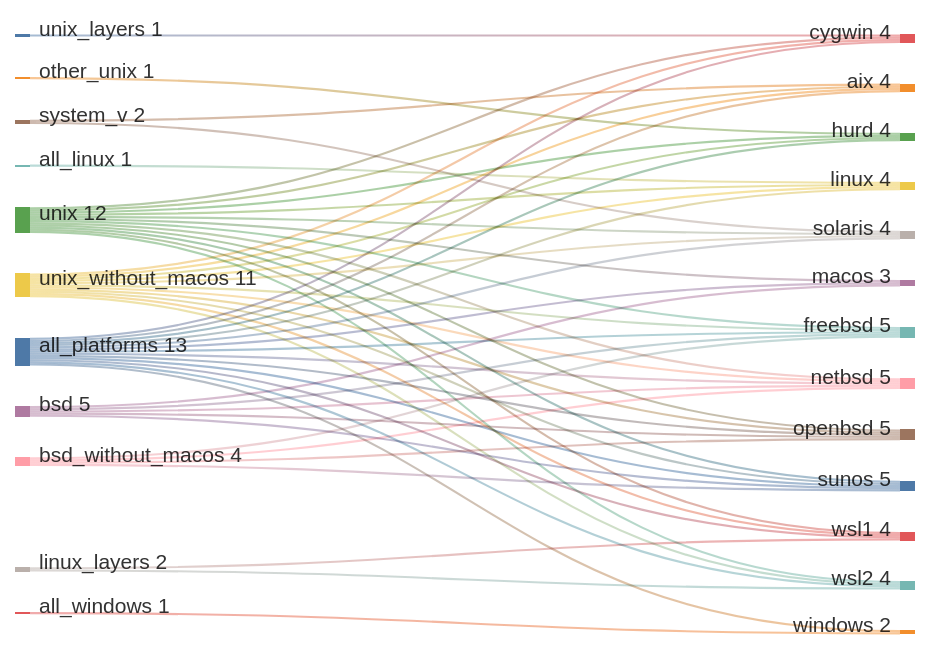
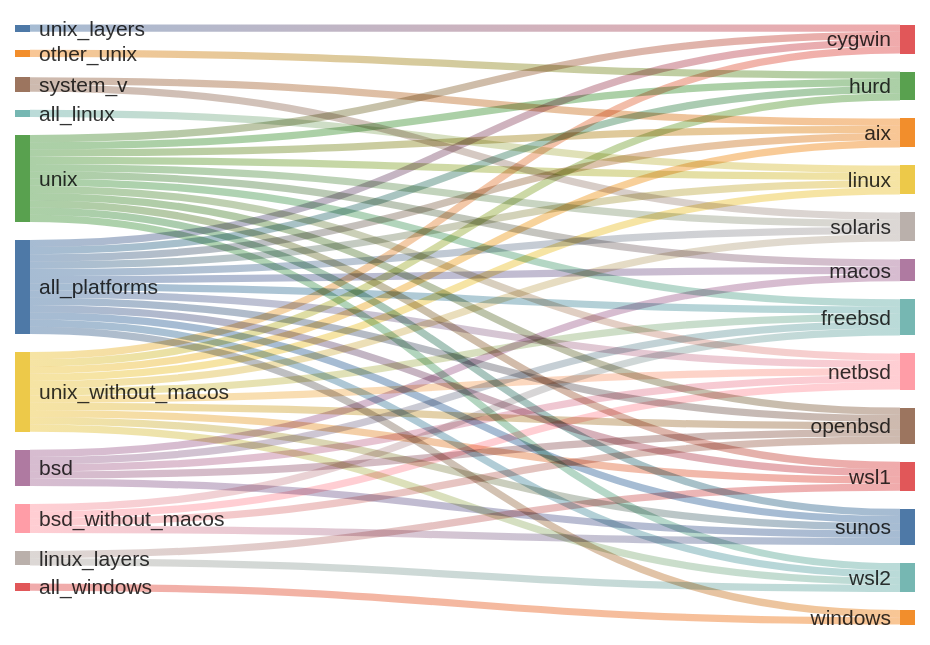
The first of 3 diagrams in docs/platforms.md (kdeldycke/click-extra), drawn with Mermaid before and after one commit. The commit also changed 1 other file, not shown here.

Commit message:
Force hidding of Sankey values globally
Refs: https://github.com/mgaitan/sphinxcontrib-mermaid/issues/147

````diff
--- a/docs/platforms.md
+++ b/docs/platforms.md
@@ -7,57 +7,62 @@
 ```mermaid
+---
+config:
+  sankey:
+    showValues: false
+---
 sankey-beta
 
 all_platforms,aix,1
 all_platforms,cygwin,1
 all_platforms,freebsd,1
 all_platforms,hurd,1
 all_platforms,linux,1
 all_platforms,macos,1
 all_platforms,netbsd,1
 all_platforms,openbsd,1
 all_platforms,solaris,1
 all_platforms,sunos,1
 all_platforms,windows,1
 all_platforms,wsl1,1
 all_platforms,wsl2,1
 unix,aix,1
 unix,cygwin,1
 unix,freebsd,1
 unix,hurd,1
 unix,linux,1
 unix,macos,1
 unix,netbsd,1
 unix,openbsd,1
 unix,solaris,1
 unix,sunos,1
 unix,wsl1,1
 unix,wsl2,1
 unix_without_macos,aix,1
 unix_without_macos,cygwin,1
 unix_without_macos,freebsd,1
 unix_without_macos,hurd,1
 unix_without_macos,linux,1
 unix_without_macos,netbsd,1
 unix_without_macos,openbsd,1
 unix_without_macos,solaris,1
 unix_without_macos,sunos,1
 unix_without_macos,wsl1,1
 unix_without_macos,wsl2,1
 bsd,freebsd,1
 bsd,macos,1
 bsd,netbsd,1
 bsd,openbsd,1
 bsd,sunos,1
 bsd_without_macos,freebsd,1
 bsd_without_macos,netbsd,1
 bsd_without_macos,openbsd,1
 bsd_without_macos,sunos,1
 system_v,aix,1
 system_v,solaris,1
 linux_layers,wsl1,1
 linux_layers,wsl2,1
 unix_layers,cygwin,1
 other_unix,hurd,1
 all_windows,windows,1
 all_linux,linux,1
 ```
````
